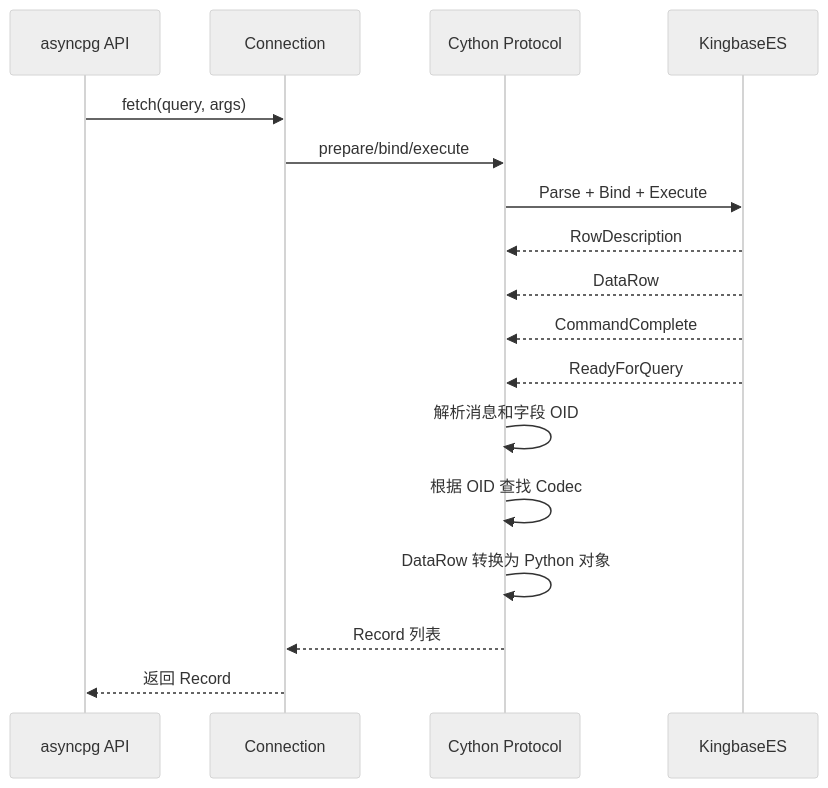
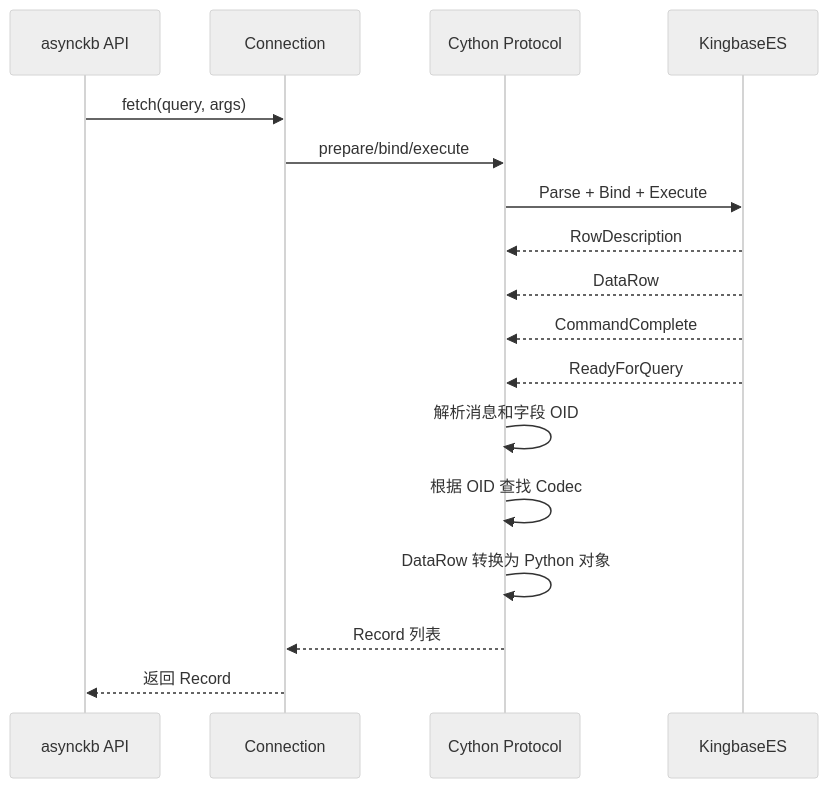
One commit to 198lma/asynckb changed the third of 5 diagrams in docs/asyncpg-KES三模式适配架构总结.md. Above: the diagram before and after it, drawn with Mermaid (neutral theme). The commit also changed other lines of this file and 333 other files, not shown here.

````diff
--- a/docs/asyncpg-KES三模式适配架构总结.md
+++ b/docs/asyncpg-KES三模式适配架构总结.md
@@ -172,20 +172,20 @@
 ```mermaid
 sequenceDiagram
-    participant App as asyncpg API
+    participant App as asynckb API
     participant Conn as Connection
     participant Proto as Cython Protocol
     participant KES as KingbaseES
 
     App->>Conn: fetch(query, args)
     Conn->>Proto: prepare/bind/execute
     Proto->>KES: Parse + Bind + Execute
     KES-->>Proto: RowDescription
     KES-->>Proto: DataRow
     KES-->>Proto: CommandComplete
     KES-->>Proto: ReadyForQuery
     Proto->>Proto: 解析消息和字段 OID
     Proto->>Proto: 根据 OID 查找 Codec
     Proto->>Proto: DataRow 转换为 Python 对象
     Proto-->>Conn: Record 列表
     Conn-->>App: 返回 Record
 ```
````
